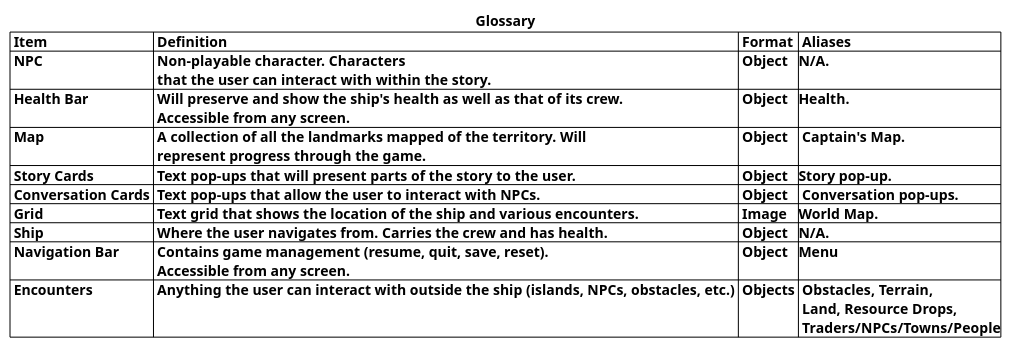
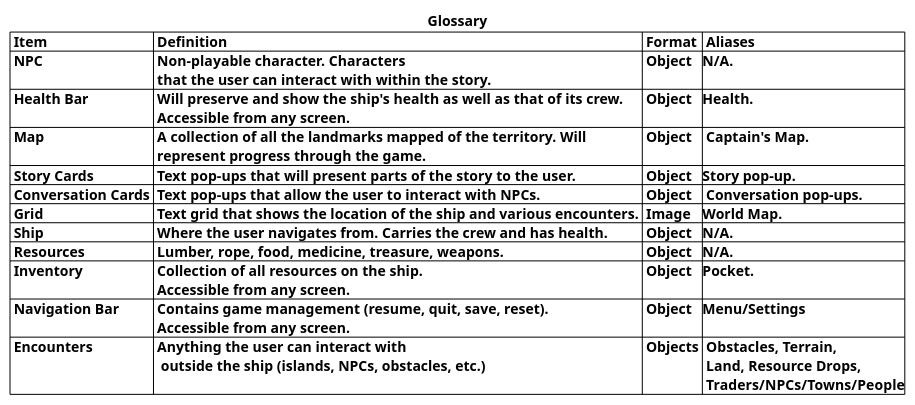
One commit to emutchek/MaraudersAtSea changed the diagram in CMPU_203_PirateGame/doc/glossary.md. Above: the diagram before and after it, drawn with PlantUML. The commit also changed 1 other file, not shown here.

Commit message:
Updated glossary doc

````diff
--- a/CMPU_203_PirateGame/doc/glossary.md
+++ b/CMPU_203_PirateGame/doc/glossary.md
@@ -3,19 +3,21 @@
 ```PlantUML
 @startuml 
 skinparam titleFontSize 14
 title
 Glossary
 |= Item|= Definition |= Format |= Aliases |
 | NPC | Non-playable character. Characters \n that the user can interact with within the story.| Object |N/A. |
 | Health Bar | Will preserve and show the ship's health as well as that of its crew. \n Accessible from any screen.| Object |Health. |
 | Map | A collection of all the landmarks mapped of the territory. Will \n represent progress through the game. | Object | Captain's Map. |
 | Story Cards | Text pop-ups that will present parts of the story to the user. | Object |Story pop-up. |
 | Conversation Cards | Text pop-ups that allow the user to interact with NPCs.| Object | Conversation pop-ups. |
 | Grid | Text grid that shows the location of the ship and various encounters. | Image |World Map. |
 | Ship | Where the user navigates from. Carries the crew and has health. | Object |N/A. |
-| Navigation Bar | Contains game management (resume, quit, save, reset). \n Accessible from any screen.| Object |Menu |
-| Encounters | Anything the user can interact with outside the ship (islands, NPCs, obstacles, etc.) | Objects | Obstacles, Terrain, \n Land, Resource Drops, \n Traders/NPCs/Towns/People|
+| Resources | Lumber, rope, food, medicine, treasure, weapons. | Object |N/A. |
+| Inventory | Collection of all resources on the ship. \n Accessible from any screen.| Object |Pocket. |
+| Navigation Bar | Contains game management (resume, quit, save, reset). \n Accessible from any screen.| Object |Menu/Settings |
+| Encounters | Anything the user can interact with \n  outside the ship (islands, NPCs, obstacles, etc.) | Objects | Obstacles, Terrain, \n Land, Resource Drops, \n Traders/NPCs/Towns/People|
 end title
 
 @enduml
 ```
````
